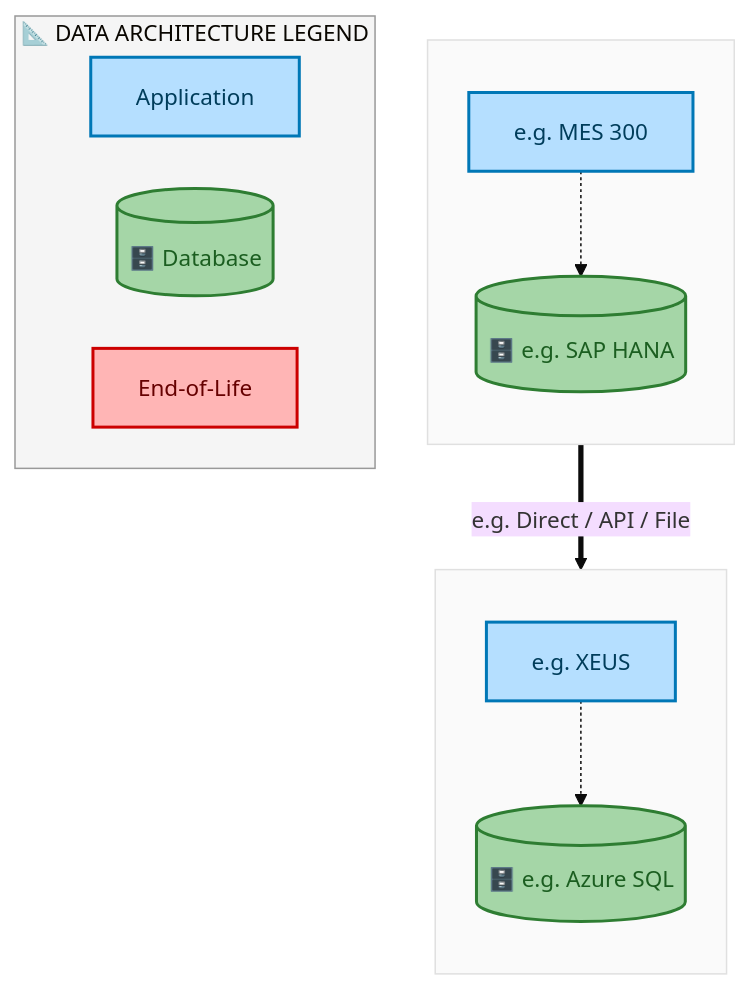
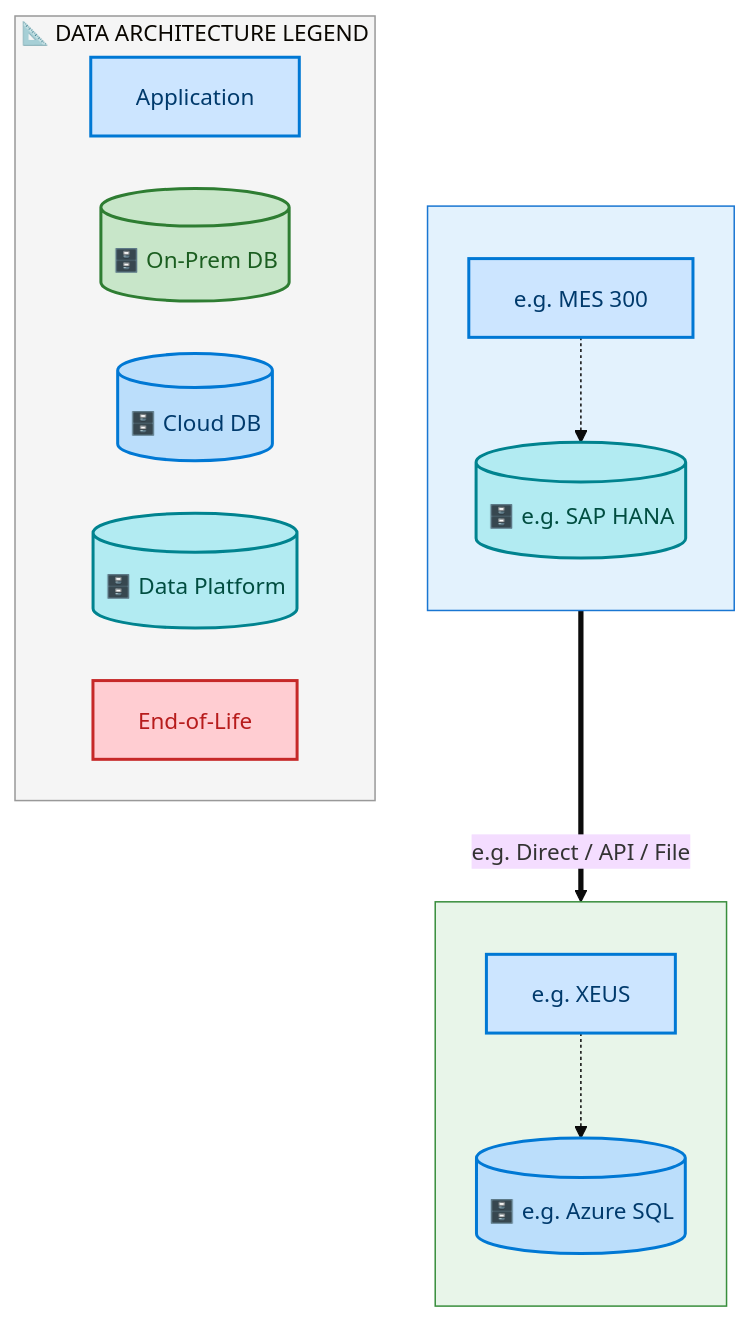
The second of 7 diagrams in towers/E2E/Procure to Pay/E2E-107/output/docs/systems-architecture/E2E-107-Architecture.md (sajivfrancis777/IAO-Architecture), drawn with Mermaid before and after one commit. The commit also changed other lines of this file and 394 other files, not shown here.

First line of the commit message:
feat: structured layer ordering for Mermaid architecture diagrams

````diff
--- a/towers/E2E/Procure to Pay/E2E-107/output/docs/systems-architecture/E2E-107-Architecture.md
+++ b/towers/E2E/Procure to Pay/E2E-107/output/docs/systems-architecture/E2E-107-Architecture.md
@@ -254,33 +247,37 @@
 ```mermaid
 %%{init: {"theme": "base", "securityLevel": "loose", "themeVariables": {"fontSize": "15px", "fontFamily": "Segoe UI, Arial"}, "flowchart": {"useMaxWidth": false, "htmlLabels": true, "nodeSpacing": 35, "rankSpacing": 45}} }%%
 flowchart TB
-    classDef appBox fill:#B5DFFF,stroke:#0077B6,stroke-width:2px,color:#003D5B
-    classDef dbCyl fill:#A5D6A7,stroke:#2E7D32,stroke-width:2px,color:#1B5E20
-    classDef eolBox fill:#FFB5B5,stroke:#CC0000,stroke-width:2px,color:#660000
+    classDef appBox fill:#CCE5FF,stroke:#0078D4,stroke-width:2px,color:#003A6C
+    classDef dbCyl fill:#C8E6C9,stroke:#2E7D32,stroke-width:2px,color:#1B5E20
+    classDef dbCloud fill:#BBDEFB,stroke:#0078D4,stroke-width:2px,color:#003A6C
+    classDef dbData fill:#B2EBF2,stroke:#00838F,stroke-width:2px,color:#004D40
+    classDef eolBox fill:#FFCDD2,stroke:#C62828,stroke-width:2px,color:#B71C1C
 
     subgraph E2E107CDACL_e_g_Azure_SQL[" "]
         direction TB
         E2E107CDAA_e_g_XEUS["e.g. XEUS"]:::appBox
-        E2E107CDAD_e_g_Azure_SQL[("🗄️ e.g. Azure SQL")]:::dbCyl
+        E2E107CDAD_e_g_Azure_SQL[("🗄️ e.g. Azure SQL")]:::dbCloud
         E2E107CDAA_e_g_XEUS -.-> E2E107CDAD_e_g_Azure_SQL
     end
-    style E2E107CDACL_e_g_Azure_SQL fill:#FAFAFA,stroke:#E0E0E0,stroke-width:1px
+    style E2E107CDACL_e_g_Azure_SQL fill:#E8F5E9,stroke:#388E3C,stroke-width:1px
 
     subgraph E2E107CDACL_e_g_SAP_HANA[" "]
         direction TB
         E2E107CDAA_e_g_MES_300["e.g. MES 300"]:::appBox
-        E2E107CDAD_e_g_SAP_HANA[("🗄️ e.g. SAP HANA")]:::dbCyl
+        E2E107CDAD_e_g_SAP_HANA[("🗄️ e.g. SAP HANA")]:::dbData
         E2E107CDAA_e_g_MES_300 -.-> E2E107CDAD_e_g_SAP_HANA
     end
-    style E2E107CDACL_e_g_SAP_HANA fill:#FAFAFA,stroke:#E0E0E0,stroke-width:1px
+    style E2E107CDACL_e_g_SAP_HANA fill:#E3F2FD,stroke:#1976D2,stroke-width:1px
 
     E2E107CDAD_e_g_SAP_HANA ==>|"e.g. Direct / API / File"| E2E107CDAD_e_g_Azure_SQL
 
     subgraph Legend["📐 DATA ARCHITECTURE LEGEND"]
         direction LR
         L_A["Application"]:::appBox
-        L_D[("🗄️ Database")]:::dbCyl
+        L_D[("🗄️ On-Prem DB")]:::dbCyl
+        L_DC[("🗄️ Cloud DB")]:::dbCloud
+        L_DD[("🗄️ Data Platform")]:::dbData
         L_E["End-of-Life"]:::eolBox
     end
     style Legend fill:#F5F5F5,stroke:#999,stroke-width:1px
 ```
````
